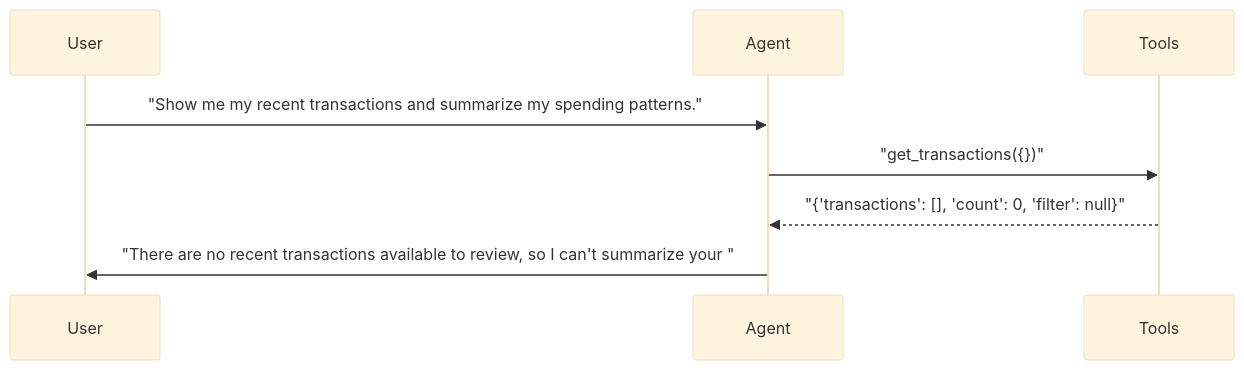
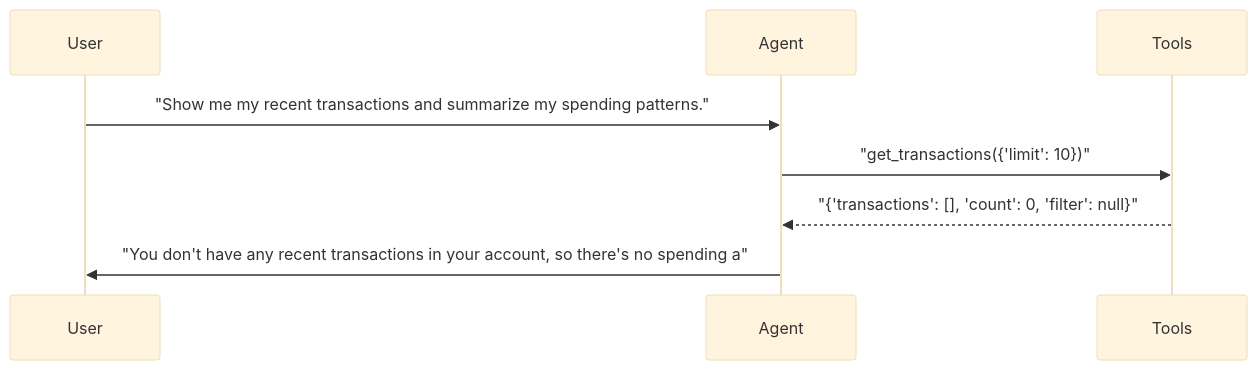
Before and after one commit to sbroenne/pytest-aitest: the sixth of 24 diagrams in docs/demo/hero-report.md, drawn with Mermaid (base theme). The commit also changed other lines of this file and 34 other files, not shown here.

````diff
--- a/docs/demo/hero-report.md
+++ b/docs/demo/hero-report.md
@@ -445,11 +420,11 @@
 ```mermaid
 sequenceDiagram
     participant User
     participant Agent
     participant Tools
 
     User->>Agent: "Show me my recent transactions and summarize my spending patterns."
-    Agent->>Tools: "get_transactions({})"
+    Agent->>Tools: "get_transactions({'limit': 10})"
     Tools-->>Agent: "{'transactions': [], 'count': 0, 'filter': null}"
-    Agent->>User: "There are no recent transactions available to review, so I can't summarize your "
+    Agent->>User: "You don't have any recent transactions in your account, so there's no spending a"
 ```
````
